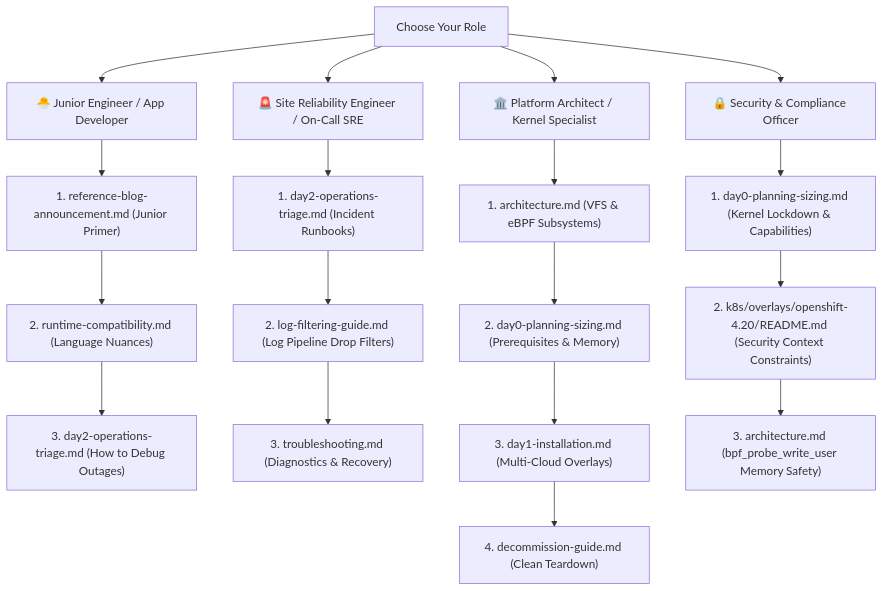
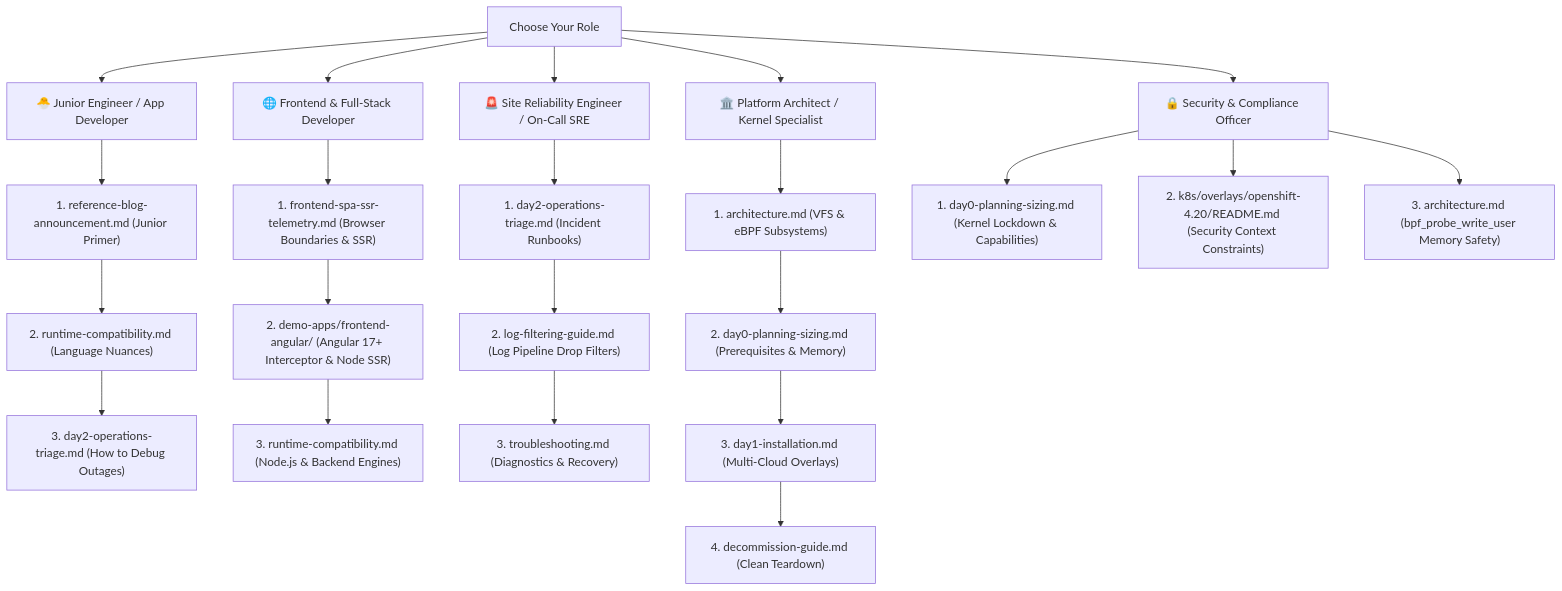
One commit to nubenetes/obi-trace-log-correlation changed the second of 2 diagrams in README.md. Above: the diagram before and after it, drawn with Mermaid. The commit also changed other lines of this file and 11 other files, not shown here.

Commit message:
docs: add standalone Frontend SPAs & SSR Telemetry Guide to docs/ directory

````diff
--- a/README.md
+++ b/README.md
@@ -678,24 +682,29 @@
 ```mermaid
 flowchart TD
     Start["Choose Your Role"] --> Junior["🐣 Junior Engineer / App Developer"]
+    Start --> Frontend["🌐 Frontend & Full-Stack Developer"]
     Start --> SRE["🚨 Site Reliability Engineer / On-Call SRE"]
     Start --> Platform["🏛️ Platform Architect / Kernel Specialist"]
     Start --> SecOps["🔒 Security & Compliance Officer"]
 
     Junior --> J1["1. reference-blog-announcement.md (Junior Primer)"]
     J1 --> J2["2. runtime-compatibility.md (Language Nuances)"]
     J2 --> J3["3. day2-operations-triage.md (How to Debug Outages)"]
+
+    Frontend --> F1["1. frontend-spa-ssr-telemetry.md (Browser Boundaries & SSR)"]
+    F1 --> F2["2. demo-apps/frontend-angular/ (Angular 17+ Interceptor & Node SSR)"]
+    F2 --> F3["3. runtime-compatibility.md (Node.js & Backend Engines)"]
 
     SRE --> S1["1. day2-operations-triage.md (Incident Runbooks)"]
     S1 --> S2["2. log-filtering-guide.md (Log Pipeline Drop Filters)"]
     S2 --> S3["3. troubleshooting.md (Diagnostics & Recovery)"]
 
     Platform --> P1["1. architecture.md (VFS & eBPF Subsystems)"]
     P1 --> P2["2. day0-planning-sizing.md (Prerequisites & Memory)"]
     P2 --> P3["3. day1-installation.md (Multi-Cloud Overlays)"]
     P3 --> P4["4. decommission-guide.md (Clean Teardown)"]
 
     SecOps --> SC1["1. day0-planning-sizing.md (Kernel Lockdown & Capabilities)"]
-    SC1 --> SC2["2. k8s/overlays/openshift-4.20/README.md (Security Context Constraints)"]
-    SC2 --> SC3["3. architecture.md (bpf_probe_write_user Memory Safety)"]
+    SecOps --> SC2["2. k8s/overlays/openshift-4.20/README.md (Security Context Constraints)"]
+    SecOps --> SC3["3. architecture.md (bpf_probe_write_user Memory Safety)"]
 ```
````
